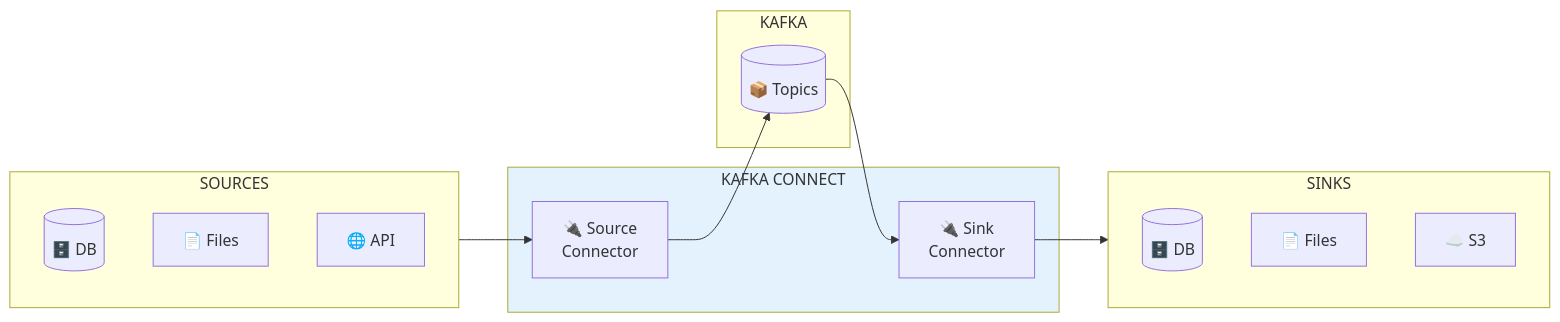
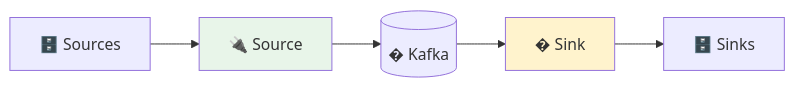
The first of 3 diagrams in formation-v2/day-03-integration/module-06-kafka-connect/README.md (msellamiTN/kafka-bhf), drawn with Mermaid before and after one commit. The commit also changed other lines of this file and 4 other files, not shown here.

Commit message:
refactor: reorganize Mermaid diagrams - more compact and readable

````diff
--- a/formation-v2/day-03-integration/module-06-kafka-connect/README.md
+++ b/formation-v2/day-03-integration/module-06-kafka-connect/README.md
@@ -26,27 +26,7 @@
 ```mermaid
 flowchart LR
-    subgraph sources["SOURCES"]
-        DB1[("🗄️ DB")]
-        FILE1["📄 Files"]
-        API1["🌐 API"]
-    end
+    SRC["🗄️ Sources"] --> SC["🔌 Source"] --> T[("� Kafka")] --> SK["� Sink"] --> SNK["🗄️ Sinks"]
     
-    subgraph connect["KAFKA CONNECT"]
-        SC["🔌 Source<br/>Connector"]
-        SK["🔌 Sink<br/>Connector"]
-    end
-    
-    subgraph kafka["KAFKA"]
-        T[("📦 Topics")]
-    end
-    
-    subgraph sinks["SINKS"]
-        DB2[("🗄️ DB")]
-        FILE2["📄 Files"]
-        S3["☁️ S3"]
-    end
-    
-    sources --> SC --> T --> SK --> sinks
-    
-    style connect fill:#e3f2fd
+    style SC fill:#e8f5e9
+    style SK fill:#fff3cd
 ```
````
